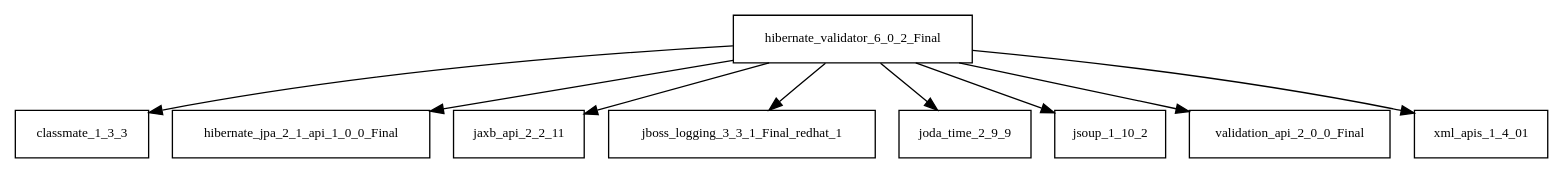
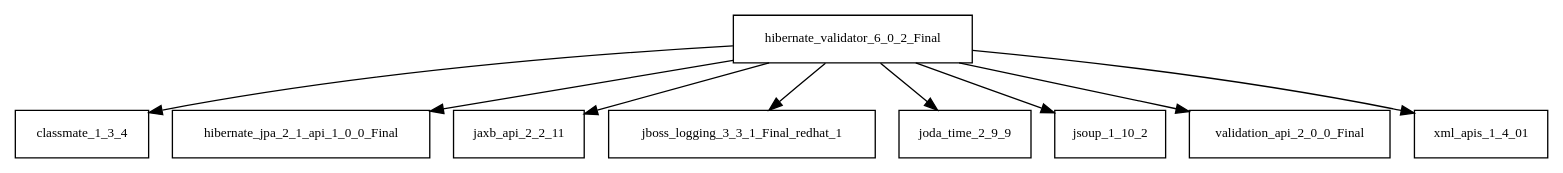
Before and after one commit to AglaianWoman/cia: the diagram in tattleTaleReport/graphviz/hibernate-validator-6.0.2.Final.jar/hibernate-validator-6.0.2.Final.jar.dot, drawn with Graphviz. The commit also changed 3333 other files, not shown here.

```diff
--- a/tattleTaleReport/graphviz/hibernate-validator-6.0.2.Final.jar/hibernate-validator-6.0.2.Final.jar.dot
+++ b/tattleTaleReport/graphviz/hibernate-validator-6.0.2.Final.jar/hibernate-validator-6.0.2.Final.jar.dot
@@ -1,11 +1,11 @@
 digraph hibernate_validator_6_0_2_Final_dependencies {
   node [shape = box, fontsize=10.0];
-  hibernate_validator_6_0_2_Final -> classmate_1_3_3;
+  hibernate_validator_6_0_2_Final -> classmate_1_3_4;
   hibernate_validator_6_0_2_Final -> hibernate_jpa_2_1_api_1_0_0_Final;
   hibernate_validator_6_0_2_Final -> jaxb_api_2_2_11;
   hibernate_validator_6_0_2_Final -> jboss_logging_3_3_1_Final_redhat_1;
   hibernate_validator_6_0_2_Final -> joda_time_2_9_9;
   hibernate_validator_6_0_2_Final -> jsoup_1_10_2;
   hibernate_validator_6_0_2_Final -> validation_api_2_0_0_Final;
   hibernate_validator_6_0_2_Final -> xml_apis_1_4_01;
 }
```
